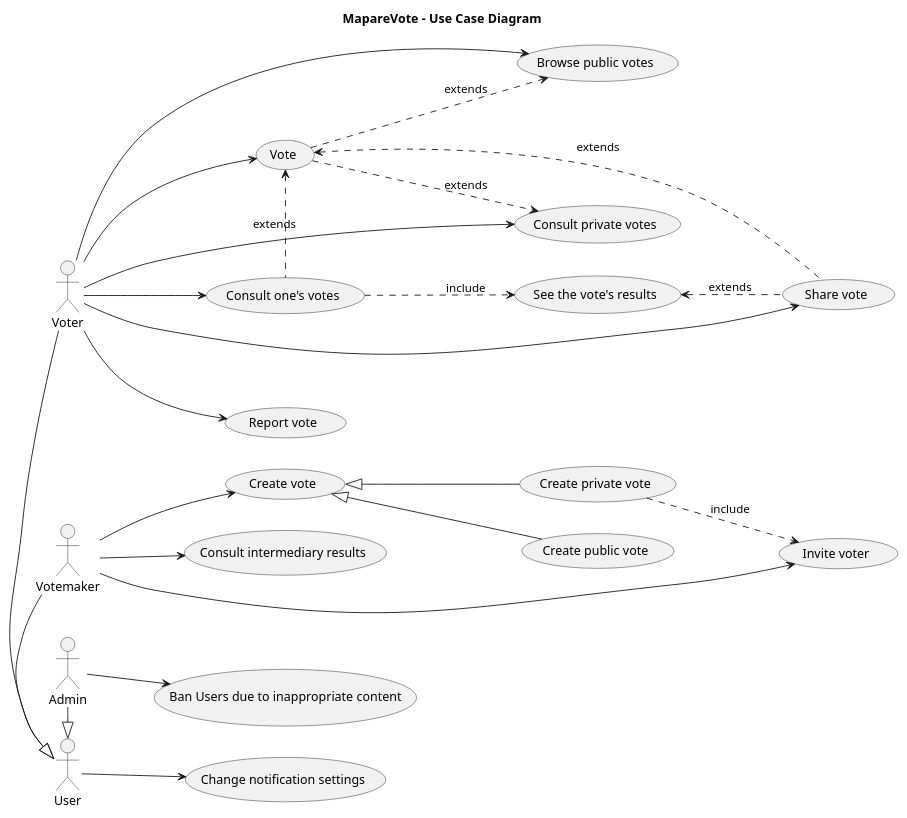
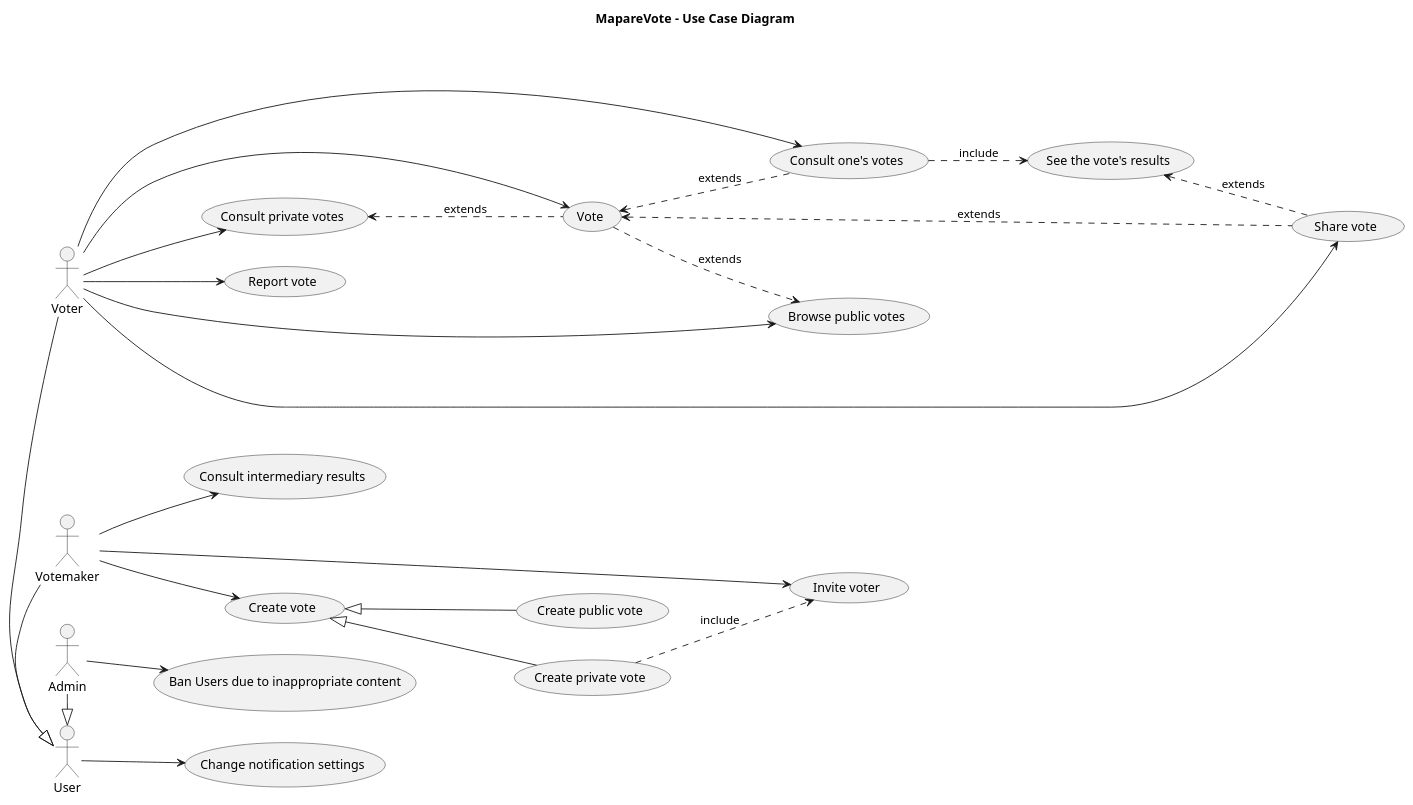
The diagram in UML/MapareVoteUC.iuml (dptinfoutln/MapareVote), drawn with PlantUML before and after one commit.

```diff
--- a/UML/MapareVoteUC.iuml
+++ b/UML/MapareVoteUC.iuml
@@ -1,51 +1,54 @@
 @startuml
 
 left to right direction
 
 title  MapareVote - Use Case Diagram 
 
 :Voter: -|> :User:
 :Votemaker: -|> :User:
 :Admin: -|> :User:
 
-:Voter: --> (Vote)
+Voter -> (Browse public votes)
+
+:Voter: ---> (Vote)
 
 :Votemaker: --> (Create vote)
 
 (Create vote) <|-- (Create private vote)
 
 (Create vote) <|-- (Create public vote)
 
 :Votemaker: --> (Invite voter)
 
 :Votemaker: --> (Consult intermediary results)
 
 :Admin: --> (Ban Users due to inappropriate content)
 
 (Vote) <. (Consult one's votes): extends
 
-:Voter: --> (Consult one's votes)
+:Voter: ----> (Consult one's votes)
 
 (Consult one's votes) ..> (See the vote's results): include
 
-Voter --> (Browse public votes)
+
 
 (Vote) ..> (Browse public votes): extends
 
 :User: --> (Change notification settings)
 
 :Voter: --> (Consult private votes)
 
-(Vote) ..> (Consult private votes): extends
+(Consult private votes) <.. (Vote): extends
 
 :Voter: ---> (Share vote)
 
 (Vote) <.. (Share vote): extends
 
 (See the vote's results) <.. (Share vote): extends
 
 :Voter: --> (Report vote)
 
 (Create private vote) ..> (Invite voter): include
 
+
 @enduml
```
